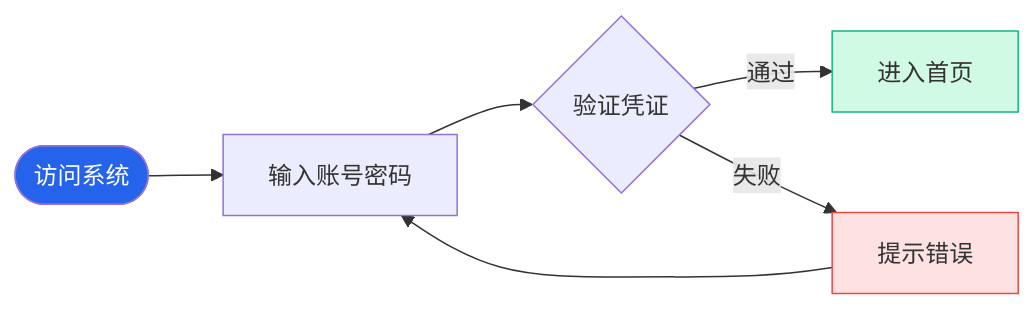
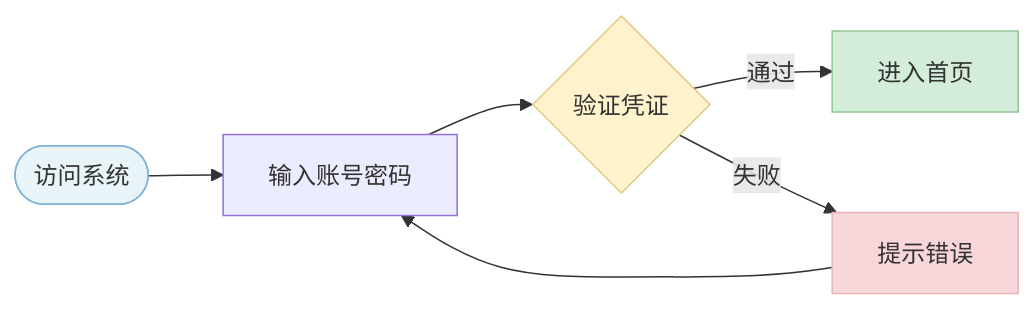
One commit to xt765/ResumeScreening changed the first of 8 diagrams in docs/usage.md. Above: the diagram before and after it, drawn with Mermaid. The commit also changed other lines of this file and 4 other files, not shown here.

````diff
--- a/docs/usage.md
+++ b/docs/usage.md
@@ -7,12 +7,13 @@
 ```mermaid
 graph LR
     User([访问系统]) --> Input[输入账号密码]
     Input --> Check{验证凭证}
     Check -->|通过| Home[进入首页]
     Check -->|失败| Error[提示错误]
     Error --> Input
     
-    style User fill:#2563eb,color:#fff
-    style Home fill:#d1fae5,stroke:#10b981
-    style Error fill:#fee2e2,stroke:#ef4444
+    style User fill:#e8f4f8,stroke:#7fb3d5
+    style Home fill:#d4edda,stroke:#90c695
+    style Error fill:#f8d7da,stroke:#e8b4b8
+    style Check fill:#fff3cd,stroke:#e0c97f
 ```
````
